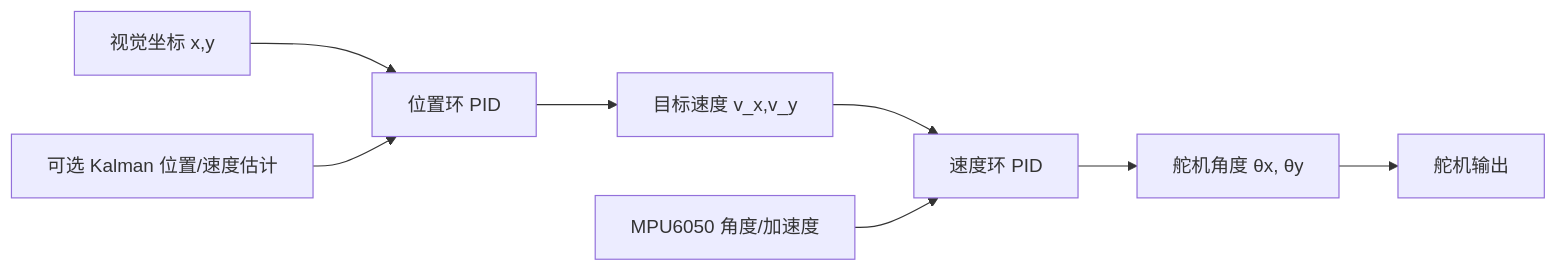
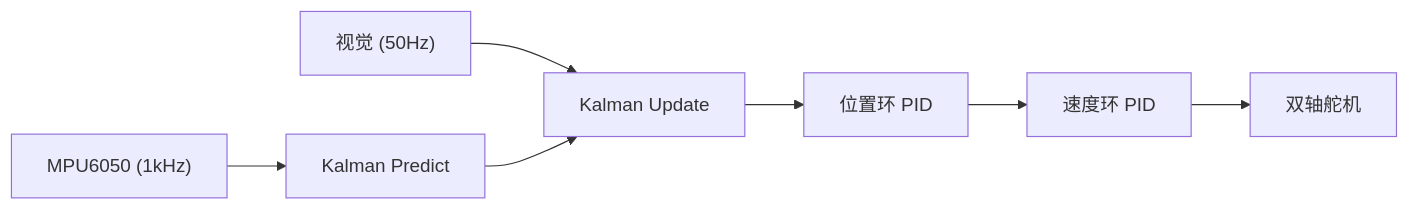
One commit to Arclith/BallBalancePlatform changed the third of 7 diagrams in README.md. Above: the diagram before and after it, drawn with Mermaid. The commit also changed other lines of this file, not shown here.

````diff
--- a/README.md
+++ b/README.md
@@ -223,10 +264,7 @@
 ```mermaid
 flowchart LR
-	xy[视觉坐标 x,y] --> pos[位置环 PID]
-	pos --> vref[目标速度 v_x,v_y]
-	vref --> spd[速度环 PID]
-	spd --> theta[舵机角度 θx, θy]
-	theta --> servo[舵机输出]
-	mpu[MPU6050 角度/加速度] --> spd
-	kalman[可选 Kalman 位置/速度估计] --> pos
+    mpu["MPU6050 (1kHz)"] --> pred["Kalman Predict"]
+    vis["视觉 (50Hz)"] --> upd["Kalman Update"]
+    pred --> upd  --> pos["位置环 PID"]
+    pos --> spd["速度环 PID"] --> servo["双轴舵机"]
 ```
````
